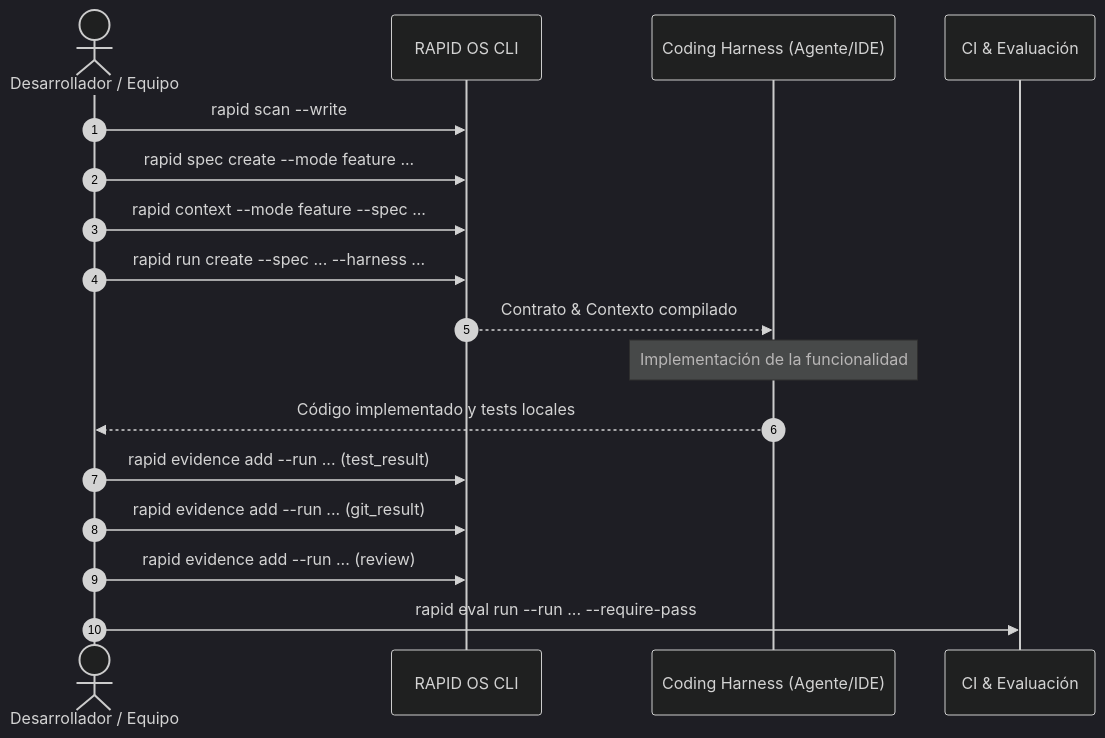
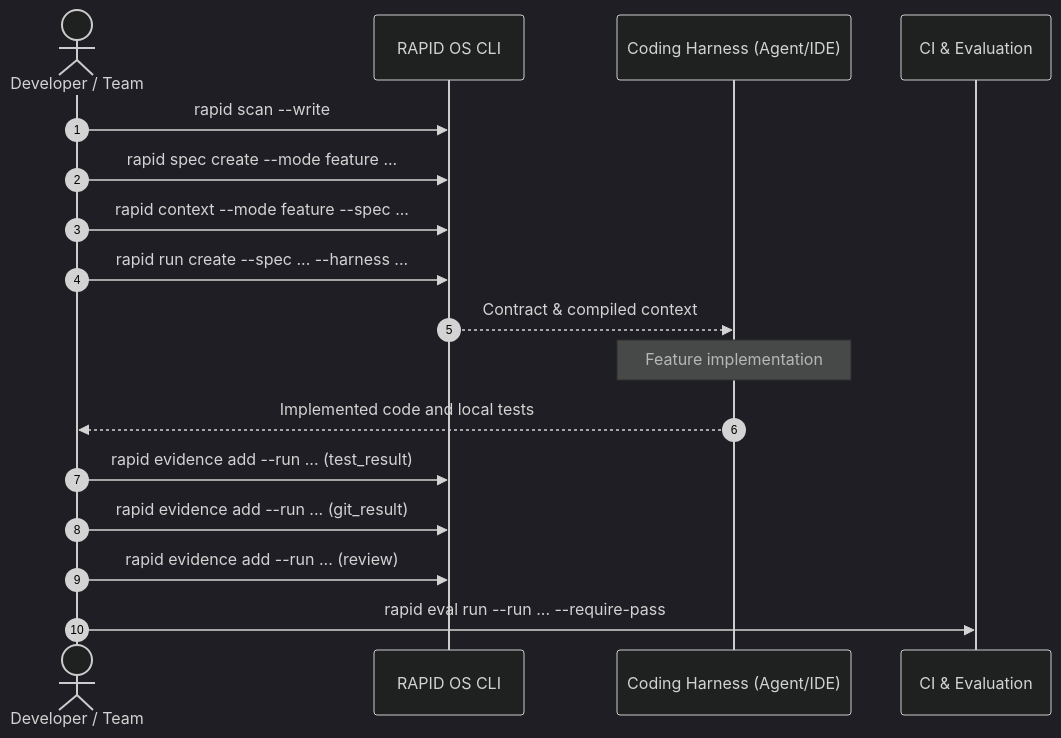
One commit to alyconr/Rapid-OS changed the diagram in docs/guides/modes/feature.md. Above: the diagram before and after it, drawn with Mermaid (dark theme). The commit also changed other lines of this file and 81 other files, not shown here.

````diff
--- a/docs/guides/modes/feature.md
+++ b/docs/guides/modes/feature.md
@@ -57,20 +57,20 @@
 ```mermaid
 sequenceDiagram
     autonumber
-    actor Dev as Desarrollador / Equipo
+    actor Dev as Developer / Team
     participant CLI as RAPID OS CLI
-    participant Harness as Coding Harness (Agente/IDE)
-    participant CI as CI & Evaluación
+    participant Harness as Coding Harness (Agent/IDE)
+    participant CI as CI & Evaluation
 
     Dev->>CLI: rapid scan --write
     Dev->>CLI: rapid spec create --mode feature ...
     Dev->>CLI: rapid context --mode feature --spec ...
     Dev->>CLI: rapid run create --spec ... --harness ...
-    CLI-->>Harness: Contrato & Contexto compilado
-    Note over Harness: Implementación de la funcionalidad
-    Harness-->>Dev: Código implementado y tests locales
+    CLI-->>Harness: Contract & compiled context
+    Note over Harness: Feature implementation
+    Harness-->>Dev: Implemented code and local tests
     Dev->>CLI: rapid evidence add --run ... (test_result)
     Dev->>CLI: rapid evidence add --run ... (git_result)
     Dev->>CLI: rapid evidence add --run ... (review)
     Dev->>CI: rapid eval run --run ... --require-pass
 ```
````
